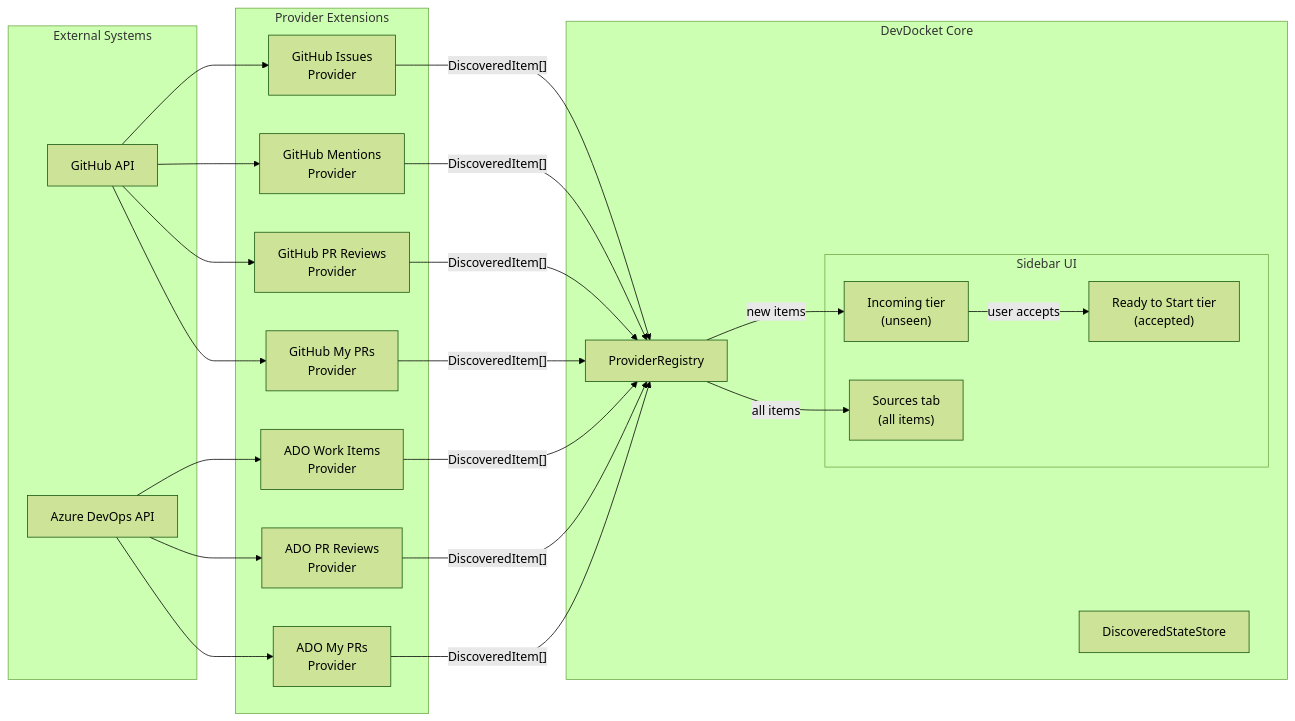
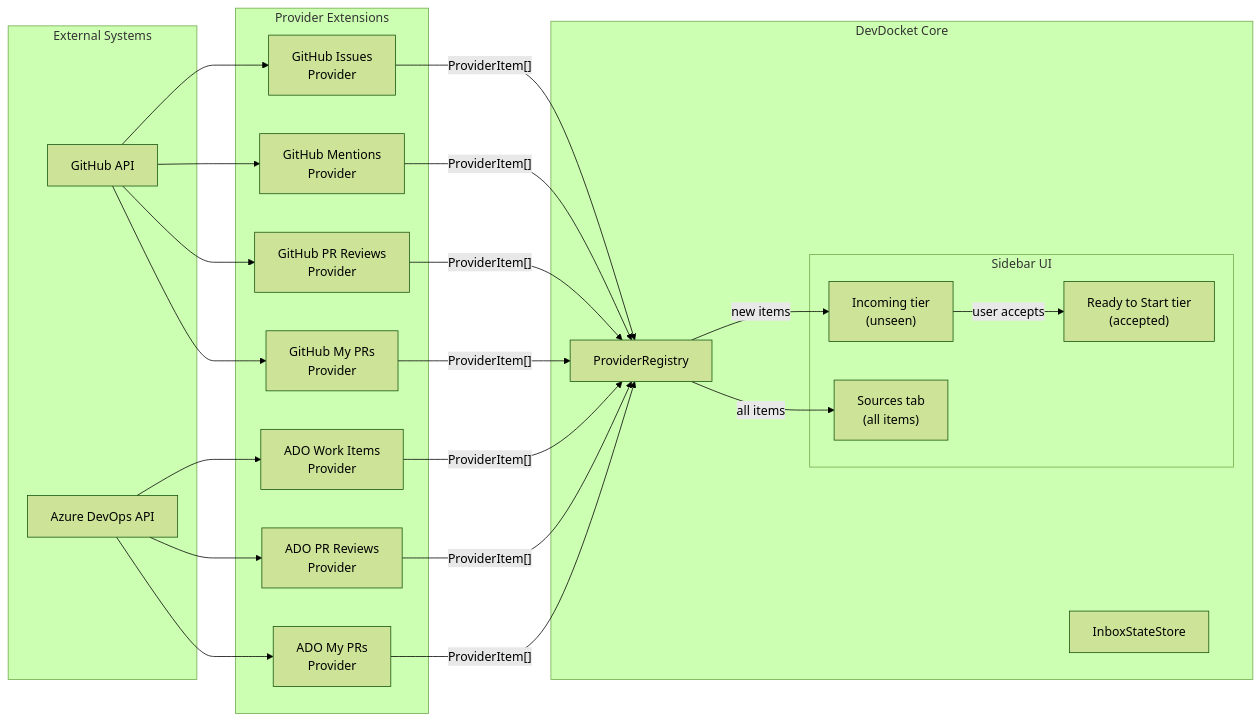
Before and after one commit to devdocket/devdocket: the first of 3 diagrams in docs/provider-discovery.md, drawn with Mermaid (forest theme). The commit also changed 69 other files, not shown here.

First line of the commit message:
Rename DiscoveredItem to ProviderItem (#529)

````diff
--- a/docs/provider-discovery.md
+++ b/docs/provider-discovery.md
@@ -27,47 +27,47 @@
 ```mermaid
 flowchart LR
     subgraph External["External Systems"]
         GH["GitHub API"]
         ADO["Azure DevOps API"]
     end
 
     subgraph Providers["Provider Extensions"]
         GHI["GitHub Issues<br/>Provider"]
         GHM["GitHub Mentions<br/>Provider"]
         GHPR["GitHub PR Reviews<br/>Provider"]
         GHMY["GitHub My PRs<br/>Provider"]
         ADOWI["ADO Work Items<br/>Provider"]
         ADOPR["ADO PR Reviews<br/>Provider"]
         ADOMY["ADO My PRs<br/>Provider"]
     end
 
     subgraph Core["DevDocket Core"]
         PR["ProviderRegistry"]
-        SS["DiscoveredStateStore"]
+        SS["InboxStateStore"]
         subgraph UI["Sidebar UI"]
             Incoming["Incoming tier<br/>(unseen)"]
             Sources["Sources tab<br/>(all items)"]
             Ready["Ready to Start tier<br/>(accepted)"]
         end
     end
 
     GH --> GHI
     GH --> GHM
     GH --> GHPR
     GH --> GHMY
     ADO --> ADOWI
     ADO --> ADOPR
     ADO --> ADOMY
 
-    GHI -- "DiscoveredItem[]" --> PR
-    GHM -- "DiscoveredItem[]" --> PR
-    GHPR -- "DiscoveredItem[]" --> PR
-    GHMY -- "DiscoveredItem[]" --> PR
-    ADOWI -- "DiscoveredItem[]" --> PR
-    ADOPR -- "DiscoveredItem[]" --> PR
-    ADOMY -- "DiscoveredItem[]" --> PR
+    GHI -- "ProviderItem[]" --> PR
+    GHM -- "ProviderItem[]" --> PR
+    GHPR -- "ProviderItem[]" --> PR
+    GHMY -- "ProviderItem[]" --> PR
+    ADOWI -- "ProviderItem[]" --> PR
+    ADOPR -- "ProviderItem[]" --> PR
+    ADOMY -- "ProviderItem[]" --> PR
 
     PR -- "new items" --> Incoming
     PR -- "all items" --> Sources
     Incoming -- "user accepts" --> Ready
 ```
````
